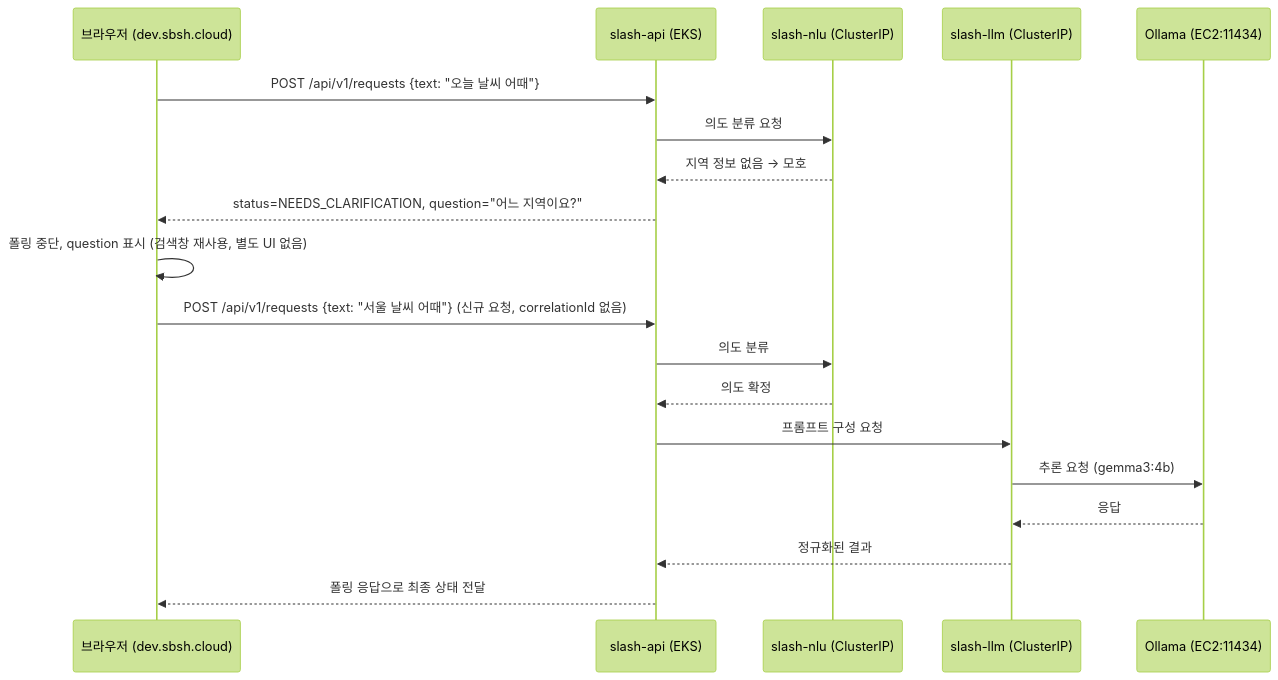
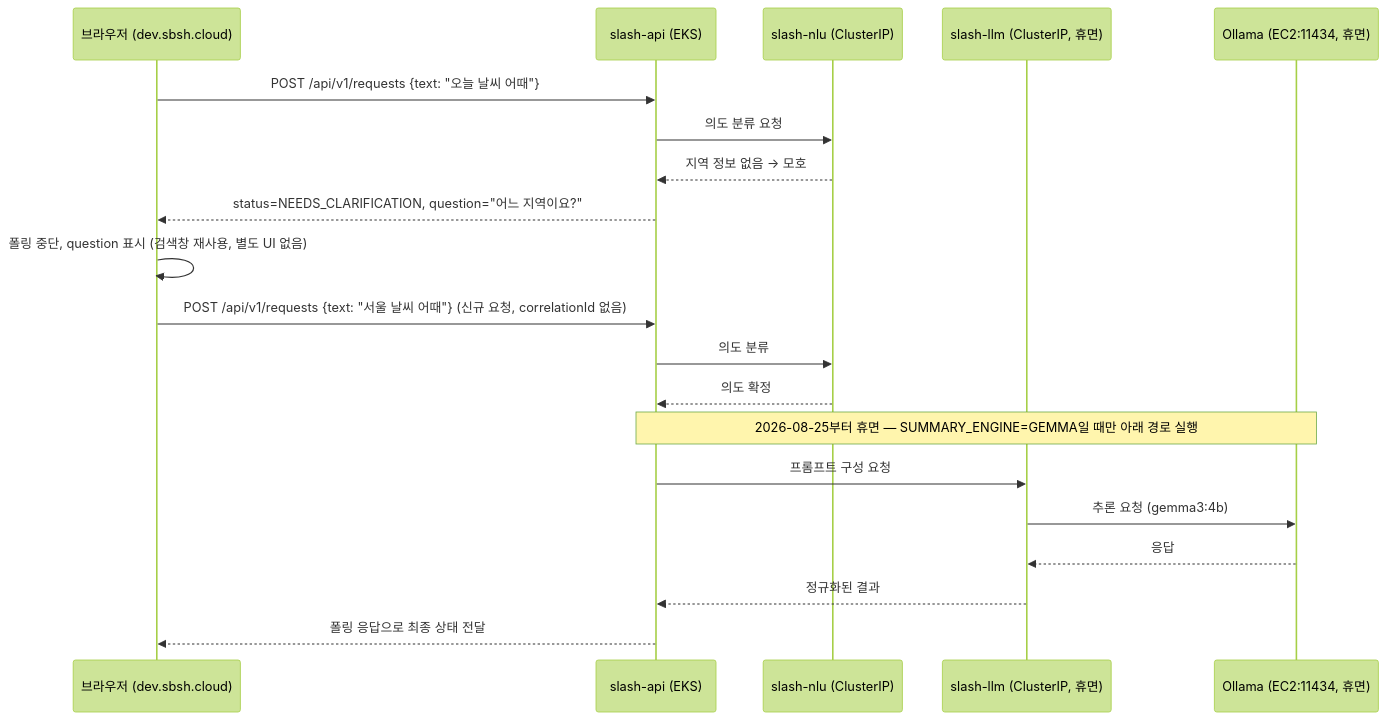
One commit to LikeLionTeam4/slash-infra changed the third of 4 diagrams in docs/user-flow.md. Above: the diagram before and after it, drawn with Mermaid (forest theme). The commit also changed other lines of this file and 6 other files, not shown here.

````diff
--- a/docs/user-flow.md
+++ b/docs/user-flow.md
@@ -65,22 +74,23 @@
 ```mermaid
 sequenceDiagram
     participant B as 브라우저 (dev.sbsh.cloud)
     participant API as slash-api (EKS)
     participant NLU as slash-nlu (ClusterIP)
-    participant LLM as slash-llm (ClusterIP)
-    participant OLL as Ollama (EC2:11434)
+    participant LLM as slash-llm (ClusterIP, 휴면)
+    participant OLL as Ollama (EC2:11434, 휴면)
 
     B->>API: POST /api/v1/requests {text: "오늘 날씨 어때"}
     API->>NLU: 의도 분류 요청
     NLU-->>API: 지역 정보 없음 → 모호
     API-->>B: status=NEEDS_CLARIFICATION, question="어느 지역이요?"
     B->>B: 폴링 중단, question 표시 (검색창 재사용, 별도 UI 없음)
     B->>API: POST /api/v1/requests {text: "서울 날씨 어때"} (신규 요청, correlationId 없음)
     API->>NLU: 의도 분류
     NLU-->>API: 의도 확정
+    Note over API,OLL: 2026-08-25부터 휴면 — SUMMARY_ENGINE=GEMMA일 때만 아래 경로 실행
     API->>LLM: 프롬프트 구성 요청
     LLM->>OLL: 추론 요청 (gemma3:4b)
     OLL-->>LLM: 응답
     LLM-->>API: 정규화된 결과
     API-->>B: 폴링 응답으로 최종 상태 전달
 ```
````
